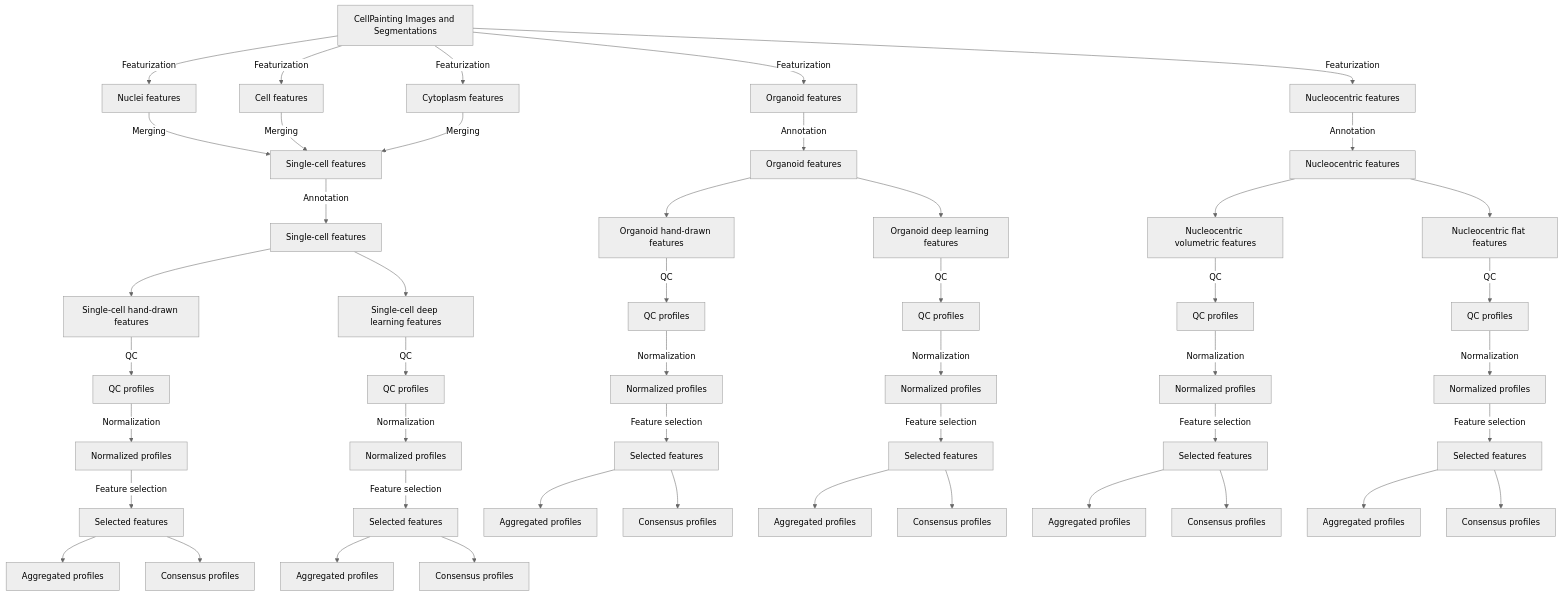
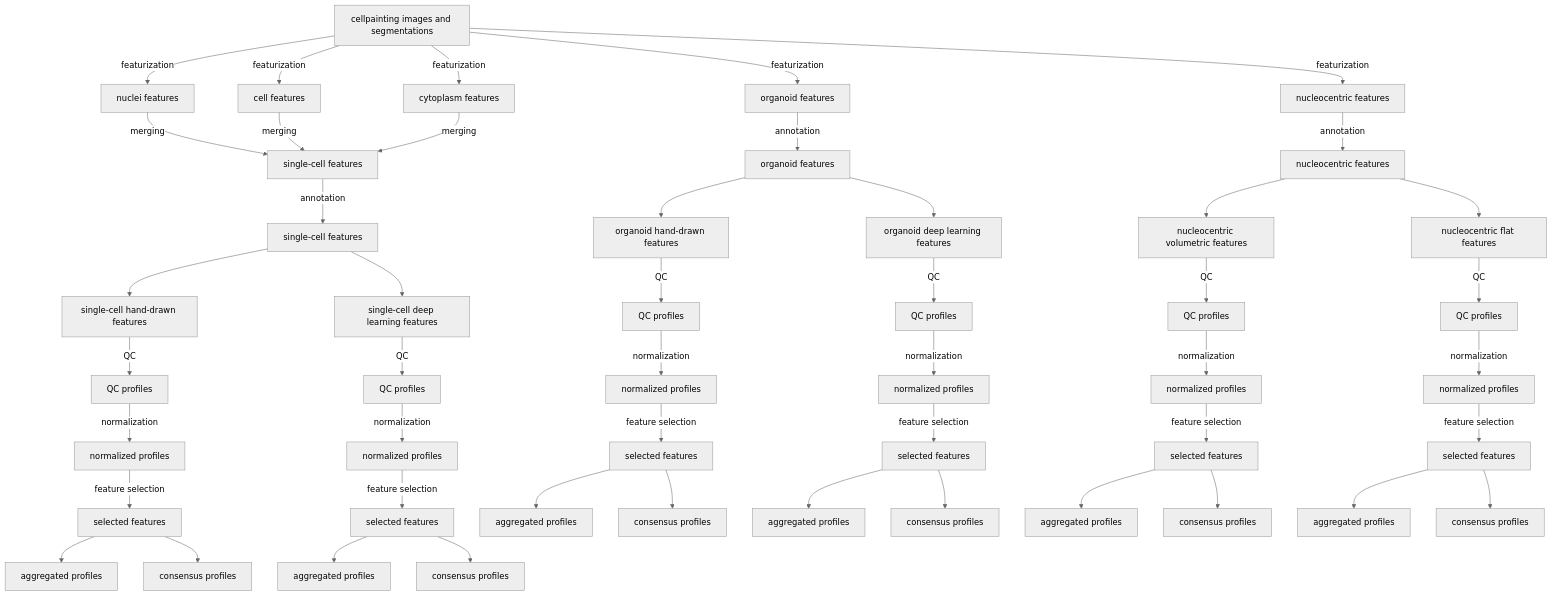
The third of 4 diagrams in README.md (WayScience/NF1_3D_organoid_profiling_pipeline), drawn with Mermaid (neutral theme) before and after one commit. The commit also changed other lines of this file and 23 other files, not shown here.

````diff
--- a/README.md
+++ b/README.md
@@ -384,56 +394,56 @@
 ```mermaid
-graph TD
-    A1[CellPainting Images and Segmentations]
+flowchart TD
+    A1[cellpainting images and segmentations]
 
 
-    A1 -->|Featurization| B[Nuclei features ]
-    A1 -->|Featurization| C[Cell features ]
-    A1 -->|Featurization| D[Cytoplasm features ]
-    A1 -->|Featurization| E[Organoid features ]
-    A1 -->|Featurization| F[Nucleocentric features ]
+    A1 -->|featurization| B[nuclei features ]
+    A1 -->|featurization| C[cell features ]
+    A1 -->|featurization| D[cytoplasm features ]
+    A1 -->|featurization| E[organoid features ]
+    A1 -->|featurization| F[nucleocentric features ]
 
 
-    B --> |Merging| G[Single-cell features ]
-    C --> |Merging| G[Single-cell features ]
-    D --> |Merging| G[Single-cell features ]
-    G --> |Annotation| G1[Single-cell features ]
+    B --> |merging| G[single-cell features ]
+    C --> |merging| G[single-cell features ]
+    D --> |merging| G[single-cell features ]
+    G --> |annotation| G1[single-cell features ]
 
-    E --> |Annotation| H[Organoid features ]
-    F --> |Annotation| I[Nucleocentric features ]
-    G1 --> J[Single-cell hand-drawn features ]
-    G1 --> K[Single-cell deep learning features ]
-    H --> L[Organoid hand-drawn features]
-    H --> M[Organoid deep learning features]
-    I --> N[Nucleocentric volumetric features]
-    I --> O[Nucleocentric flat features]
+    E --> |annotation| H[organoid features ]
+    F --> |annotation| I[nucleocentric features ]
+    G1 --> J[single-cell hand-drawn features ]
+    G1 --> K[single-cell deep learning features ]
+    H --> L[organoid hand-drawn features]
+    H --> M[organoid deep learning features]
+    I --> N[nucleocentric volumetric features]
+    I --> O[nucleocentric flat features]
     J --> |QC| P1[QC profiles]
     K --> |QC| P2[QC profiles]
     L --> |QC| P3[QC profiles]
     M --> |QC| P4[QC profiles]
     N --> |QC| P5[QC profiles]
     O --> |QC| P6[QC profiles]
-    P1 --> |Normalization| S1[Normalized profiles]
-    P2 --> |Normalization| S2[Normalized profiles]
-    P3 --> |Normalization| S3[Normalized profiles]
-    P4 --> |Normalization| S4[Normalized profiles]
-    P5 --> |Normalization| S5[Normalized profiles]
-    P6 --> |Normalization| S6[Normalized profiles]
-    S1 --> |Feature selection| T1[Selected features]
-    S2 --> |Feature selection| T2[Selected features]
-    S3 --> |Feature selection| T3[Selected features]
-    S4 --> |Feature selection| T4[Selected features]
-    S5 --> |Feature selection| T5[Selected features]
-    S6 --> |Feature selection| T6[Selected features]
-    T1 --> U1[Aggregated profiles]
-    T2 --> U2[Aggregated profiles]
-    T3 --> U3[Aggregated profiles]
-    T4 --> U4[Aggregated profiles]
-    T5 --> U5[Aggregated profiles]
-    T6 --> U6[Aggregated profiles]
-    T1 --> V1[Consensus profiles]
-    T2 --> V2[Consensus profiles]
-    T3 --> V3[Consensus profiles]
-    T4 --> V4[Consensus profiles]
-    T5 --> V5[Consensus profiles]
-    T6 --> V6[Consensus profiles]
+    P1 --> |normalization| S1[normalized profiles]
+    P2 --> |normalization| S2[normalized profiles]
+    P3 --> |normalization| S3[normalized profiles]
+    P4 --> |normalization| S4[normalized profiles]
+    P5 --> |normalization| S5[normalized profiles]
+    P6 --> |normalization| S6[normalized profiles]
+    S1 --> |feature selection| T1[selected features]
+    S2 --> |feature selection| T2[selected features]
+    S3 --> |feature selection| T3[selected features]
+    S4 --> |feature selection| T4[selected features]
+    S5 --> |feature selection| T5[selected features]
+    S6 --> |feature selection| T6[selected features]
+    T1 --> U1[aggregated profiles]
+    T2 --> U2[aggregated profiles]
+    T3 --> U3[aggregated profiles]
+    T4 --> U4[aggregated profiles]
+    T5 --> U5[aggregated profiles]
+    T6 --> U6[aggregated profiles]
+    T1 --> V1[consensus profiles]
+    T2 --> V2[consensus profiles]
+    T3 --> V3[consensus profiles]
+    T4 --> V4[consensus profiles]
+    T5 --> V5[consensus profiles]
+    T6 --> V6[consensus profiles]
 ```
````
